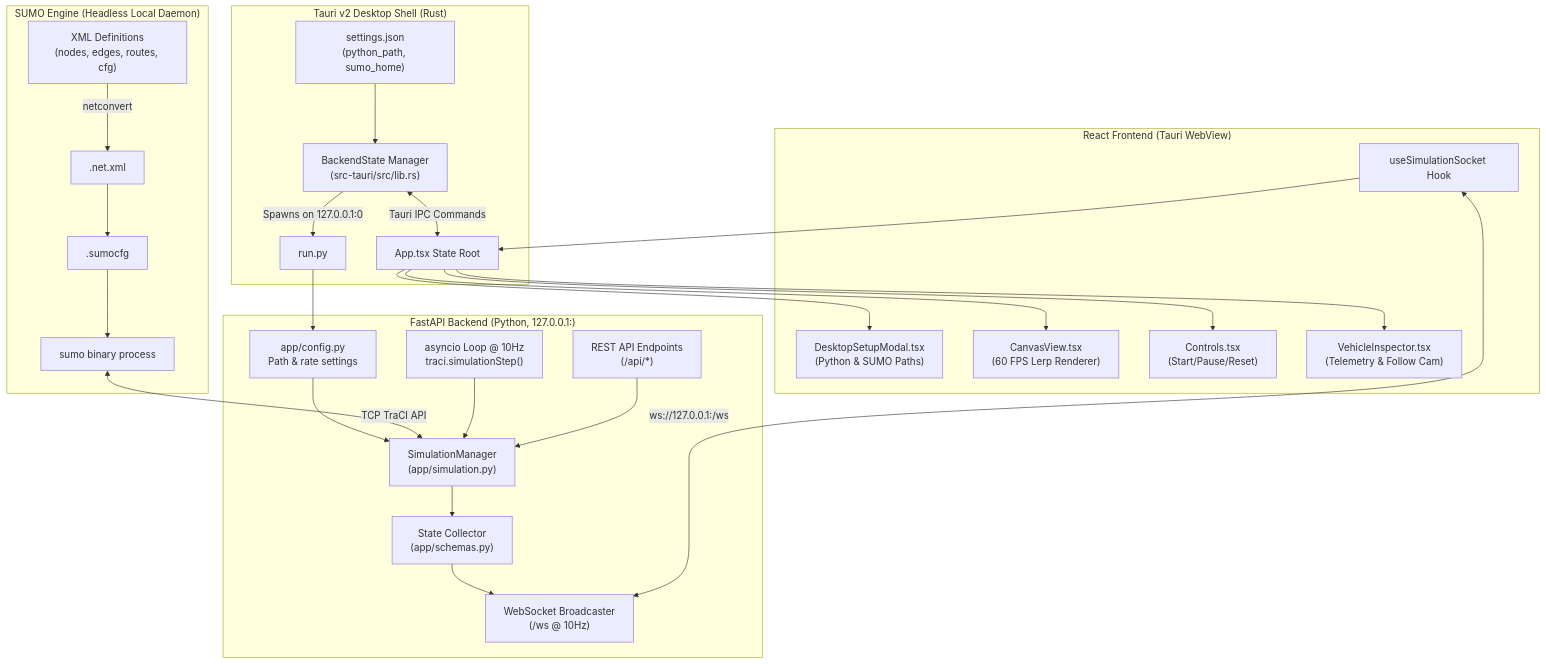
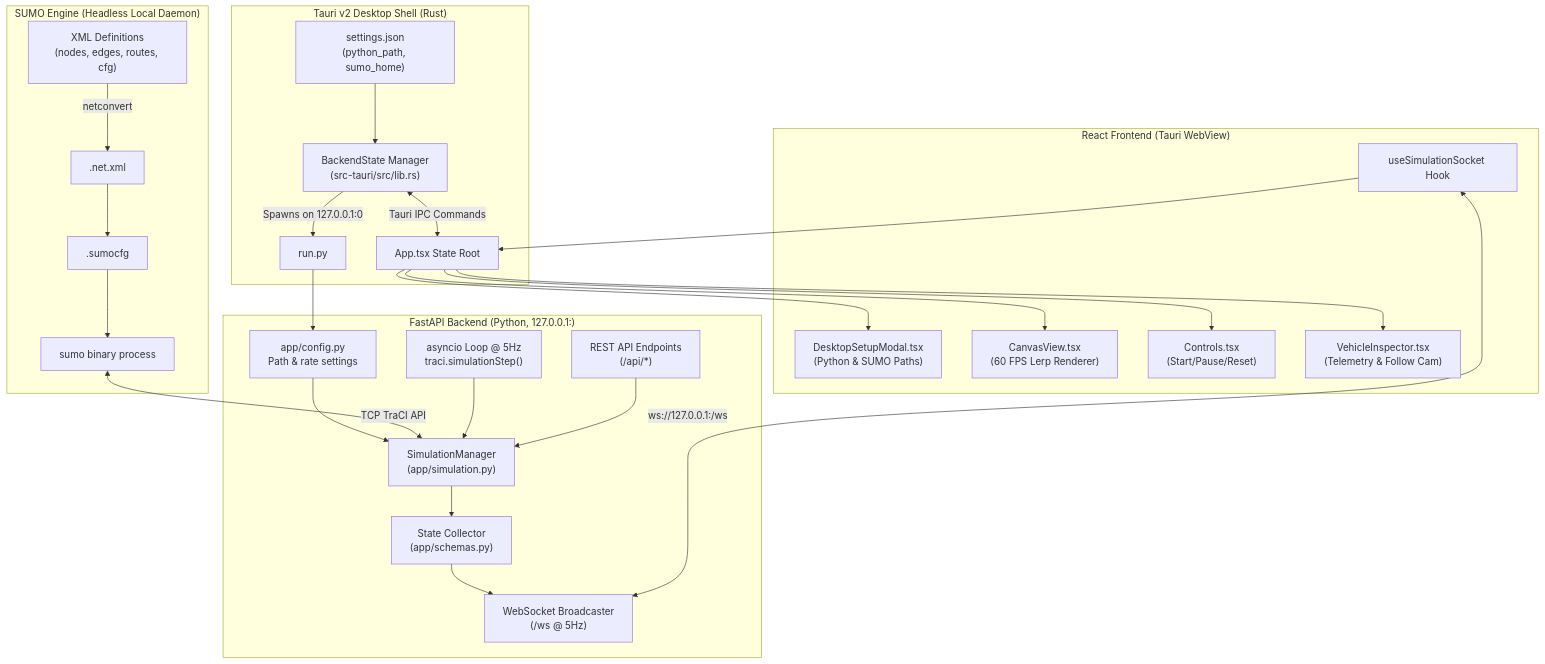
Before and after one commit to vkivaturi/traffis: the diagram in AGENTS.md, drawn with Mermaid. The commit also changed other lines of this file and 14 other files, not shown here.

````diff
--- a/AGENTS.md
+++ b/AGENTS.md
@@ -22,33 +22,33 @@
 ```mermaid
 flowchart TD
     subgraph Tauri_Shell ["Tauri v2 Desktop Shell (Rust)"]
         CFG["settings.json<br/>(python_path, sumo_home)"] --> MGR["BackendState Manager<br/>(src-tauri/src/lib.rs)"]
         MGR -->|Spawns on 127.0.0.1:0| PROC_PY
         MGR <-->|Tauri IPC Commands| APP
     end
 
     subgraph SUMO_Engine ["SUMO Engine (Headless Local Daemon)"]
         XML["XML Definitions<br/>(nodes, edges, routes, cfg)"] -->|netconvert| NET[".net.xml"]
         NET --> SUMOCFG[".sumocfg"]
         SUMOCFG --> PROC["sumo binary process"]
     end
 
     subgraph Backend ["FastAPI Backend (Python, 127.0.0.1:<port>)"]
         PROC_PY["run.py"] --> CONF["app/config.py<br/>Path & rate settings"]
         CONF --> SM["SimulationManager<br/>(app/simulation.py)"]
         PROC <-->|TCP TraCI API| SM
-        LOOP["asyncio Loop @ 10Hz<br/>traci.simulationStep()"] --> SM
+        LOOP["asyncio Loop @ 5Hz<br/>traci.simulationStep()"] --> SM
         SM --> STATE["State Collector<br/>(app/schemas.py)"]
-        STATE --> WS["WebSocket Broadcaster<br/>(/ws @ 10Hz)"]
+        STATE --> WS["WebSocket Broadcaster<br/>(/ws @ 5Hz)"]
         REST["REST API Endpoints<br/>(/api/*)"] --> SM
     end
 
     subgraph Frontend ["React Frontend (Tauri WebView)"]
         SOCK["useSimulationSocket Hook"] <-->|ws://127.0.0.1:<port>/ws| WS
         SOCK --> APP["App.tsx State Root"]
         APP --> SETUP["DesktopSetupModal.tsx<br/>(Python & SUMO Paths)"]
         APP --> CV["CanvasView.tsx<br/>(60 FPS Lerp Renderer)"]
         APP --> CTRL["Controls.tsx<br/>(Start/Pause/Reset)"]
         APP --> INSP["VehicleInspector.tsx<br/>(Telemetry & Follow Cam)"]
     end
 ```
````
